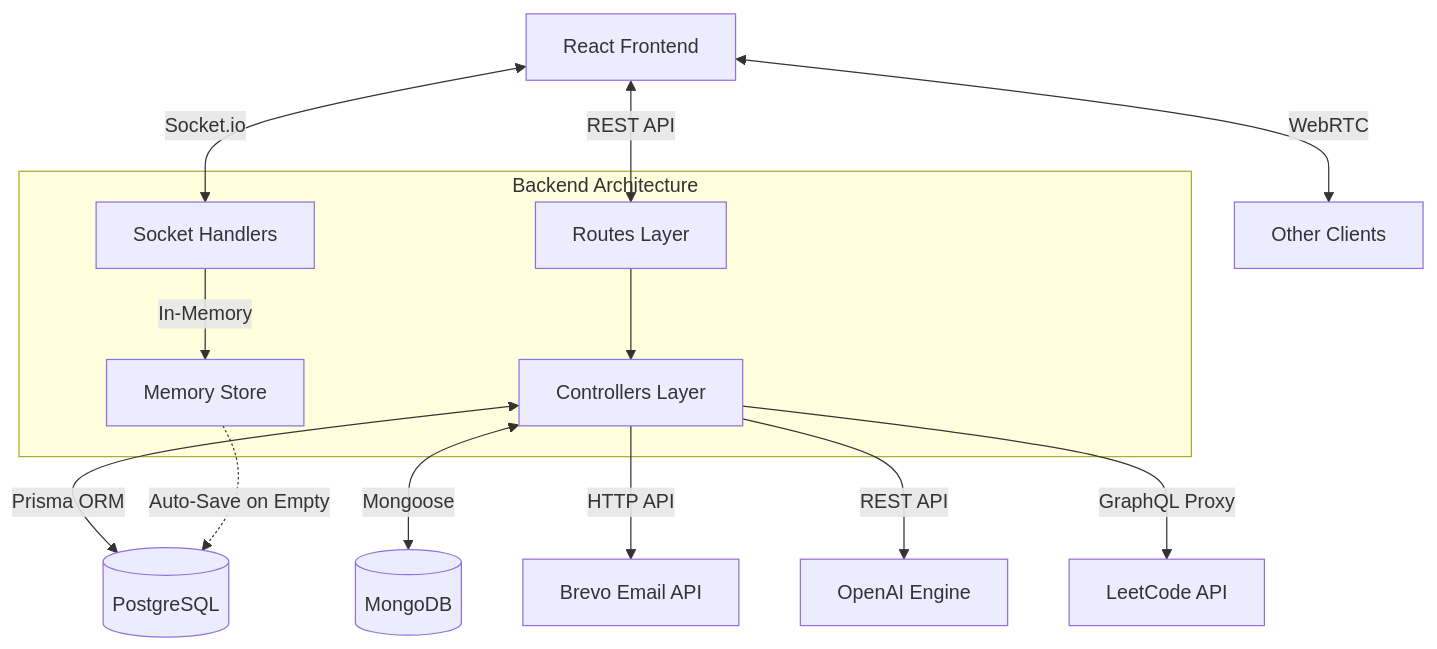
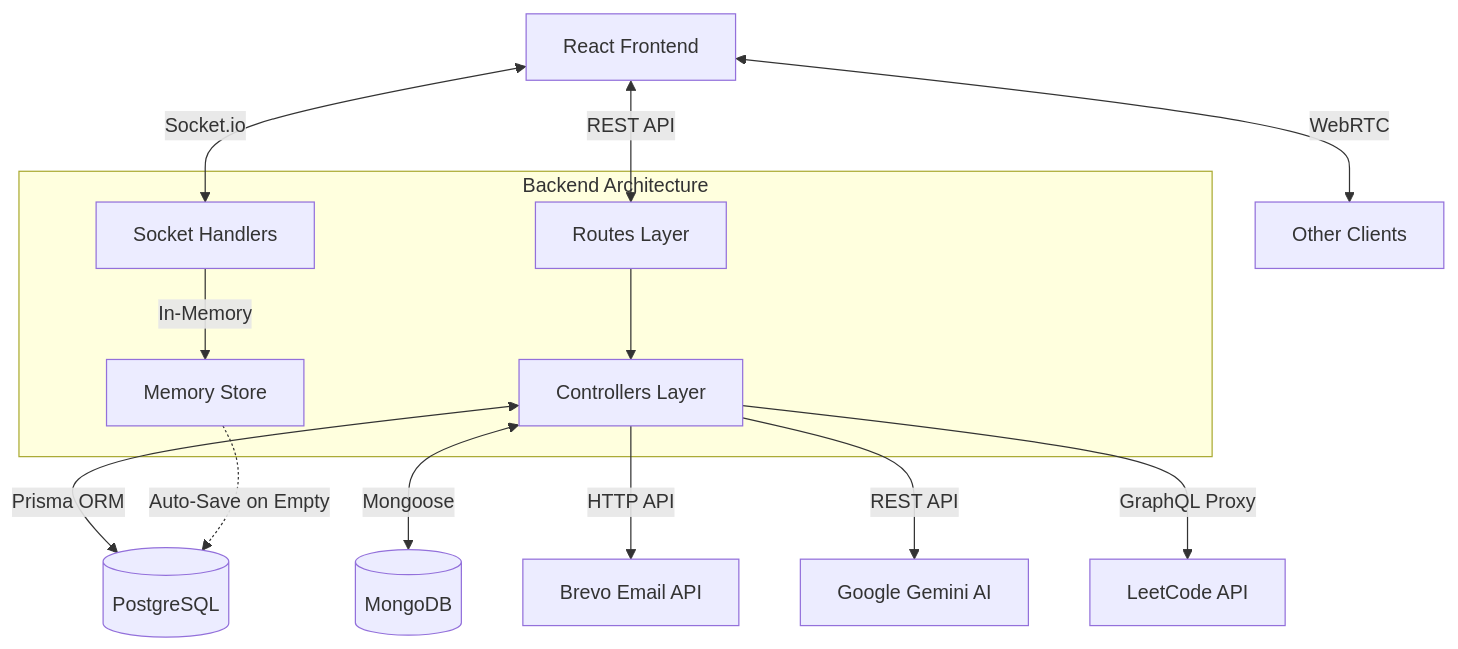
The diagram in README.md (Anuj-pratap-singh-bhadauriya/DevSync-AI), drawn with Mermaid before and after one commit. The commit also changed other lines of this file, not shown here.

Commit message:
docs: update README to reflect Google Gemini AI migration

````diff
--- a/README.md
+++ b/README.md
@@ -85,23 +85,23 @@
 ```mermaid
 graph TD
     Client[React Frontend] <-->|REST API| Routes[Routes Layer]
     Client <-->|Socket.io| Sockets[Socket Handlers]
     Client <-->|WebRTC| Peers[Other Clients]
 
     Routes --> Controllers[Controllers Layer]
     Controllers <-->|Prisma ORM| Postgres[(PostgreSQL)]
     Controllers <-->|Mongoose| Mongo[(MongoDB)]
     Controllers -->|HTTP API| Brevo[Brevo Email API]
-    Controllers -->|REST API| OpenAI[OpenAI Engine]
+    Controllers -->|REST API| Gemini[Google Gemini AI]
     Controllers -->|GraphQL Proxy| LeetCode[LeetCode API]
 
     Sockets -->|In-Memory| Store[Memory Store]
     Store -.->|Auto-Save on Empty| Postgres
 
     subgraph Backend Architecture
         Routes
         Controllers
         Sockets
         Store
     end
 ```
````
